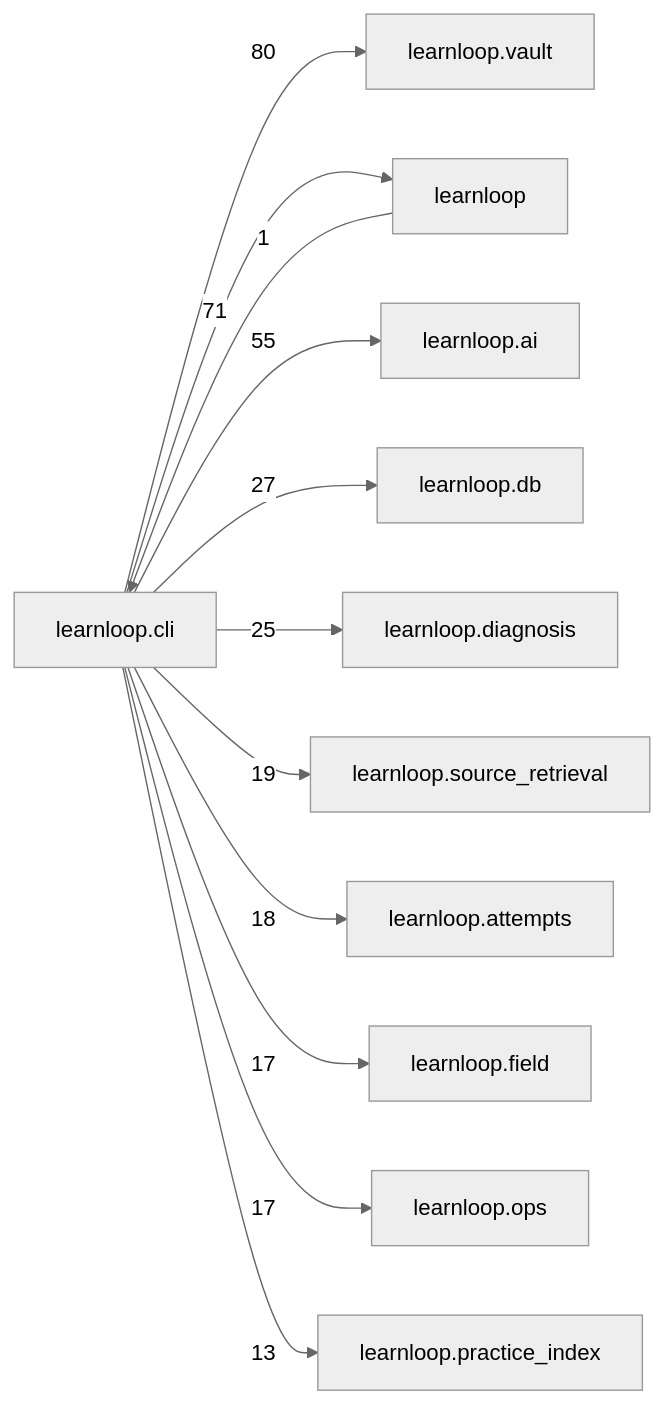
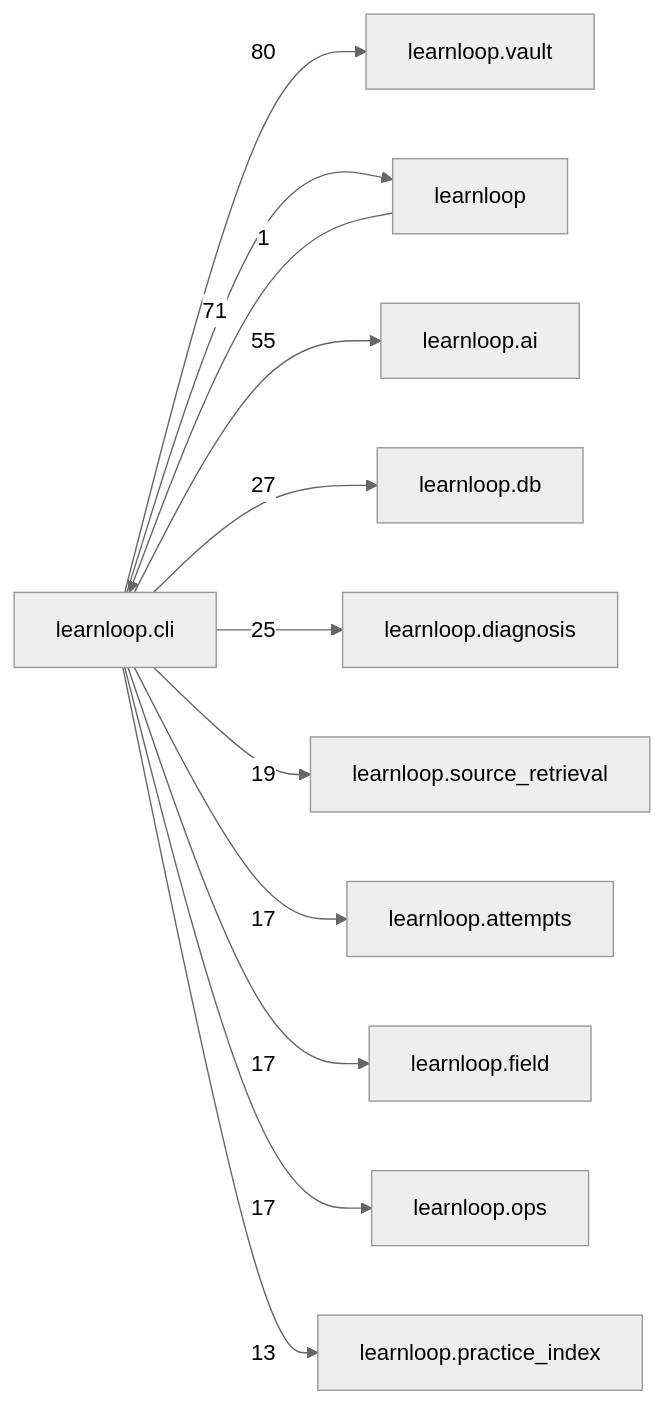
The diagram in docs/learnloop-architecture-vault/Reference/Modules/learnloop/cli/_package.md (6up-b/learnanything), drawn with Mermaid (neutral theme) before and after one commit. The commit also changed other lines of this file and 61 other files, not shown here.

````diff
--- a/docs/learnloop-architecture-vault/Reference/Modules/learnloop/cli/_package.md
+++ b/docs/learnloop-architecture-vault/Reference/Modules/learnloop/cli/_package.md
@@ -227,25 +228,25 @@
 ```mermaid
 flowchart LR
     center["learnloop.cli"]
     n_learnloop_vault["learnloop.vault"]
     n_learnloop["learnloop"]
     n_learnloop_ai["learnloop.ai"]
     n_learnloop_db["learnloop.db"]
     n_learnloop_diagnosis["learnloop.diagnosis"]
     n_learnloop_source_retrieval["learnloop.source_retrieval"]
     n_learnloop_attempts["learnloop.attempts"]
     n_learnloop_field["learnloop.field"]
     n_learnloop_ops["learnloop.ops"]
     n_learnloop_practice_index["learnloop.practice_index"]
     center -->|80| n_learnloop_vault
     n_learnloop -->|1| center
     center -->|71| n_learnloop
     center -->|55| n_learnloop_ai
     center -->|27| n_learnloop_db
     center -->|25| n_learnloop_diagnosis
     center -->|19| n_learnloop_source_retrieval
-    center -->|18| n_learnloop_attempts
+    center -->|17| n_learnloop_attempts
     center -->|17| n_learnloop_field
     center -->|17| n_learnloop_ops
     center -->|13| n_learnloop_practice_index
 ```
````
